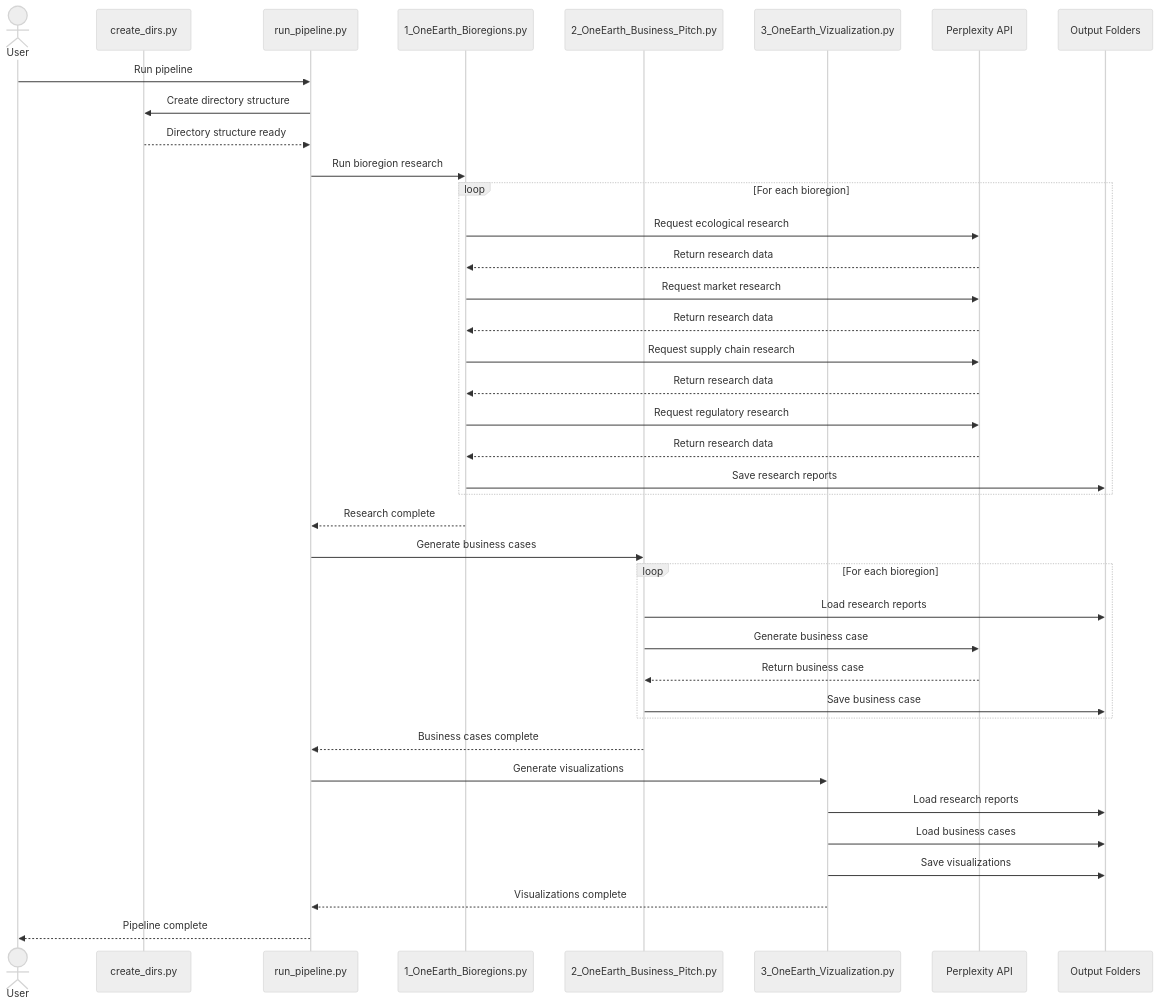
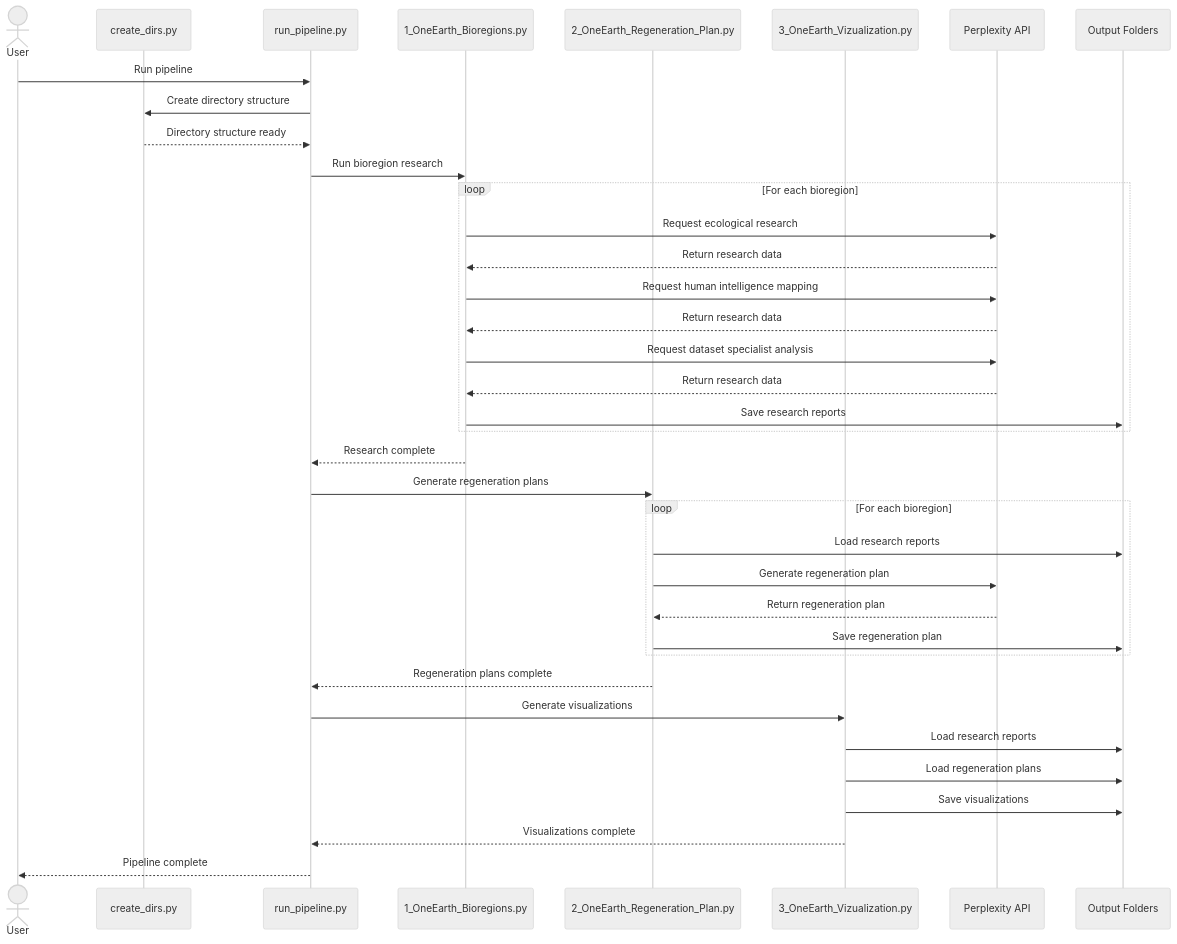
One commit to ActiveInferenceInstitute/Biofirm changed the second of 5 diagrams in One_Earth/WORKFLOW.md. Above: the diagram before and after it, drawn with Mermaid (neutral theme). The commit also changed other lines of this file and 8 other files, not shown here.

````diff
--- a/One_Earth/WORKFLOW.md
+++ b/One_Earth/WORKFLOW.md
@@ -61,49 +61,47 @@
 ```mermaid
 sequenceDiagram
     actor User
     participant Setup as create_dirs.py
     participant Runner as run_pipeline.py
     participant Bio as 1_OneEarth_Bioregions.py
-    participant Business as 2_OneEarth_Business_Pitch.py
+    participant Regen as 2_OneEarth_Regeneration_Plan.py
     participant Vis as 3_OneEarth_Vizualization.py
     participant API as Perplexity API
     participant Outputs as Output Folders
 
     User->>Runner: Run pipeline
     Runner->>Setup: Create directory structure
     Setup-->>Runner: Directory structure ready
     
     Runner->>Bio: Run bioregion research
     
     loop For each bioregion
         Bio->>API: Request ecological research
         API-->>Bio: Return research data
-        Bio->>API: Request market research
+        Bio->>API: Request human intelligence mapping
         API-->>Bio: Return research data
-        Bio->>API: Request supply chain research
-        API-->>Bio: Return research data
-        Bio->>API: Request regulatory research
+        Bio->>API: Request dataset specialist analysis
         API-->>Bio: Return research data
         Bio->>Outputs: Save research reports
     end
     
     Bio-->>Runner: Research complete
-    Runner->>Business: Generate business cases
+    Runner->>Regen: Generate regeneration plans
     
     loop For each bioregion
-        Business->>Outputs: Load research reports
-        Business->>API: Generate business case
-        API-->>Business: Return business case
-        Business->>Outputs: Save business case
+        Regen->>Outputs: Load research reports
+        Regen->>API: Generate regeneration plan
+        API-->>Regen: Return regeneration plan
+        Regen->>Outputs: Save regeneration plan
     end
     
-    Business-->>Runner: Business cases complete
+    Regen-->>Runner: Regeneration plans complete
     Runner->>Vis: Generate visualizations
     
     Vis->>Outputs: Load research reports
-    Vis->>Outputs: Load business cases
+    Vis->>Outputs: Load regeneration plans
     Vis->>Outputs: Save visualizations
     
     Vis-->>Runner: Visualizations complete
     Runner-->>User: Pipeline complete
 ```
````
